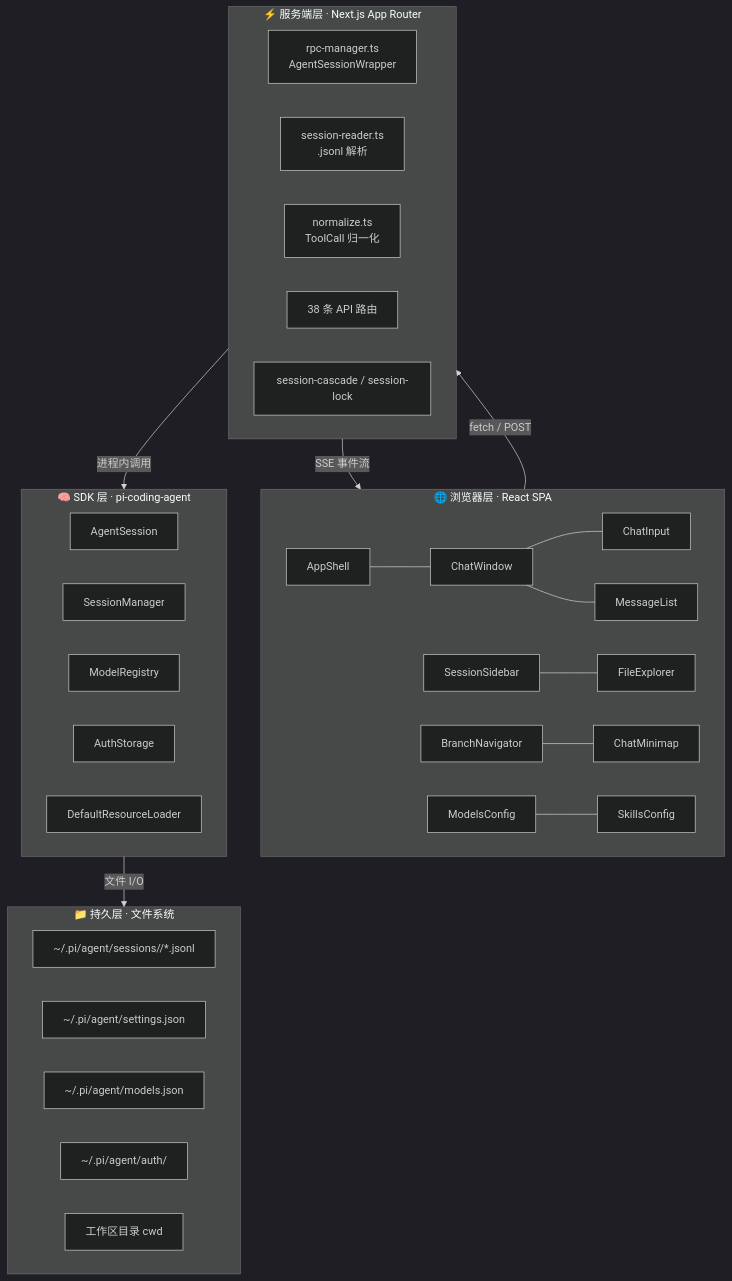
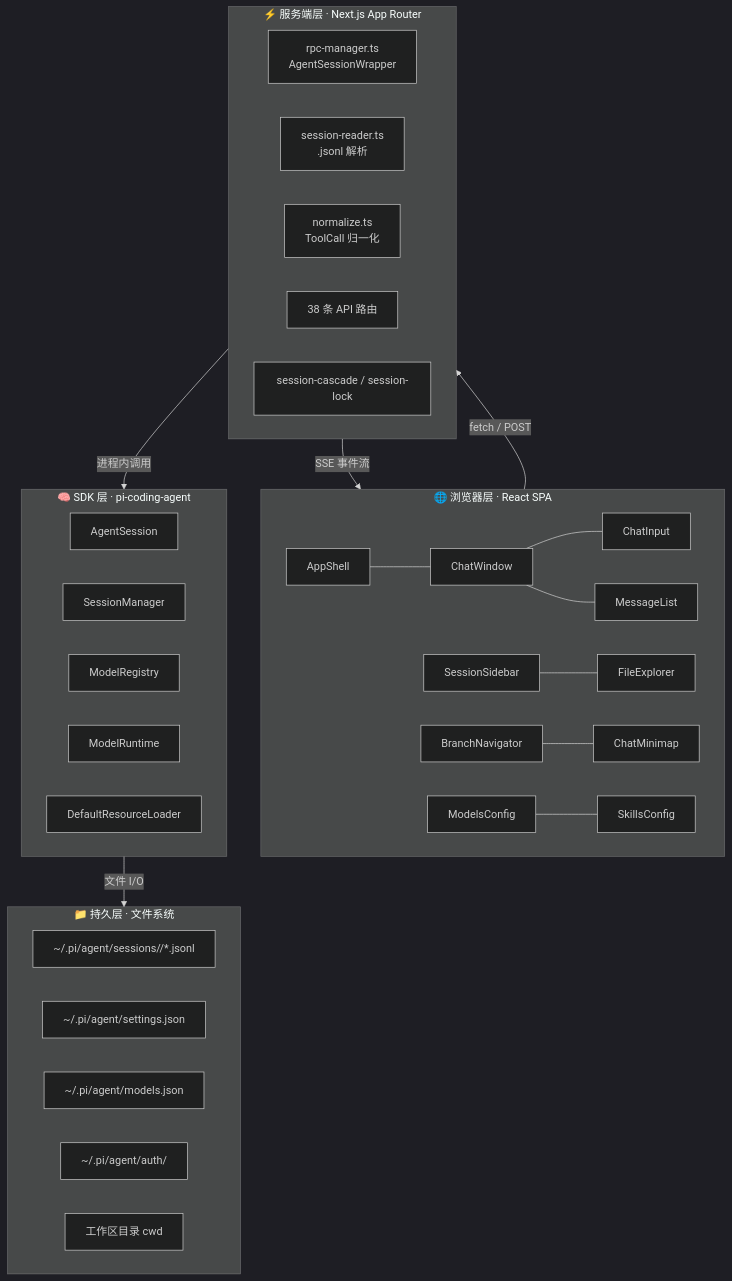
Before and after one commit to Chasen-Liao/pi-agent-desktop: the first of 3 diagrams in docs/ARCHITECTURE.md, drawn with Mermaid (dark theme). The commit also changed other lines of this file and 6 other files, not shown here.

````diff
--- a/docs/ARCHITECTURE.md
+++ b/docs/ARCHITECTURE.md
@@ -88,44 +88,44 @@
 ```mermaid
 flowchart TD
     subgraph L1["🌐 浏览器层 · React SPA"]
         direction LR
         C1[AppShell] --- C2[ChatWindow]
         C2 --- C3[ChatInput]
         C2 --- C4[MessageList]
         C5[SessionSidebar] --- C6[FileExplorer]
         C7[BranchNavigator] --- C8[ChatMinimap]
         C9[ModelsConfig] --- C10[SkillsConfig]
     end
 
     subgraph L2["⚡ 服务端层 · Next.js App Router"]
         direction LR
         S1[rpc-manager.ts<br/>AgentSessionWrapper]
         S2[session-reader.ts<br/>.jsonl 解析]
         S3[normalize.ts<br/>ToolCall 归一化]
         S4["38 条 API 路由"]
         S5[session-cascade / session-lock]
     end
 
     subgraph L3["🧠 SDK 层 · pi-coding-agent"]
         direction LR
         A1[AgentSession]
         A2[SessionManager]
         A3[ModelRegistry]
-        A4[AuthStorage]
+        A4[ModelRuntime]
         A5[DefaultResourceLoader]
     end
 
     subgraph L4["📁 持久层 · 文件系统"]
         direction LR
         F1["~/.pi/agent/sessions/<encoded-cwd>/*.jsonl"]
         F2["~/.pi/agent/settings.json"]
         F3["~/.pi/agent/models.json"]
         F4["~/.pi/agent/auth/"]
         F5[工作区目录 cwd]
     end
 
     L1 -->|"fetch / POST"| L2
     L2 -->|"SSE 事件流"| L1
     L2 -->|"进程内调用"| L3
     L3 -->|"文件 I/O"| L4
 ```
````
